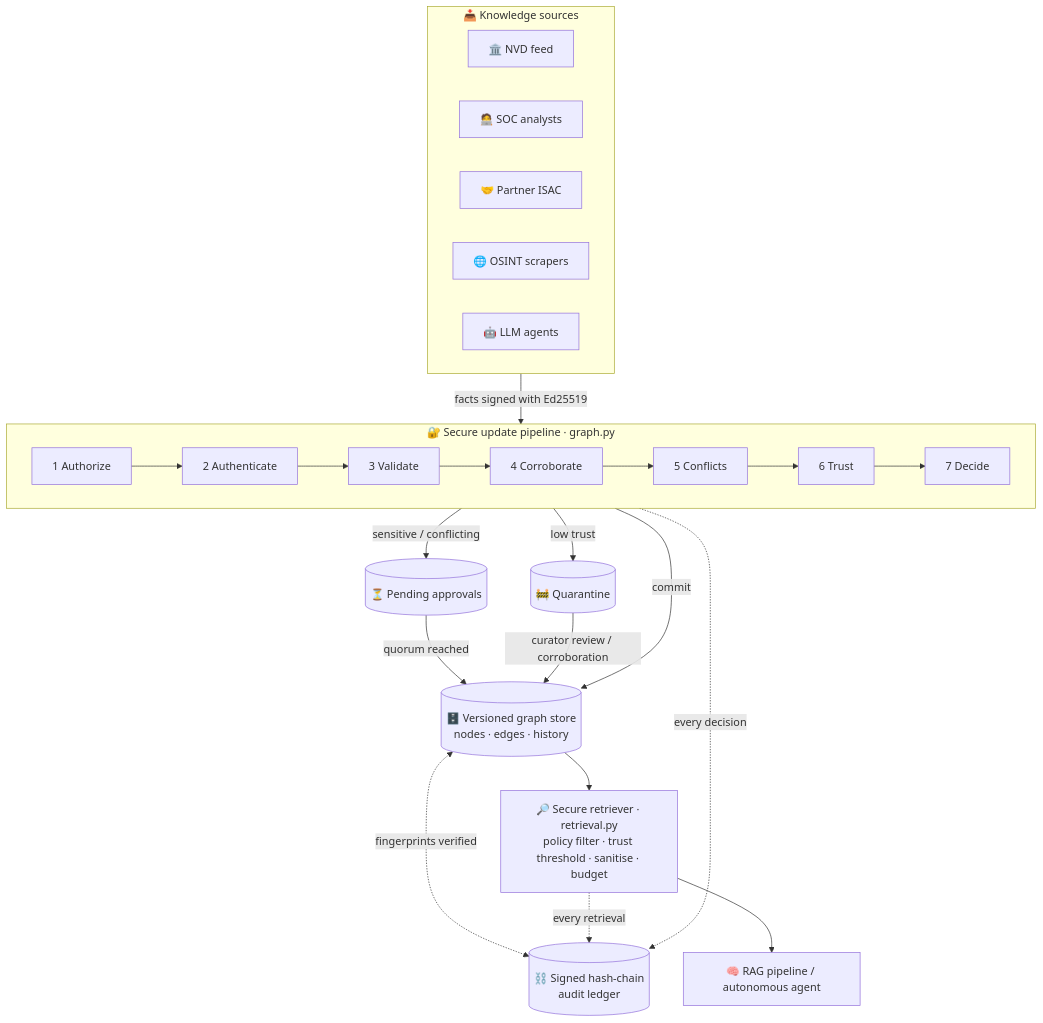
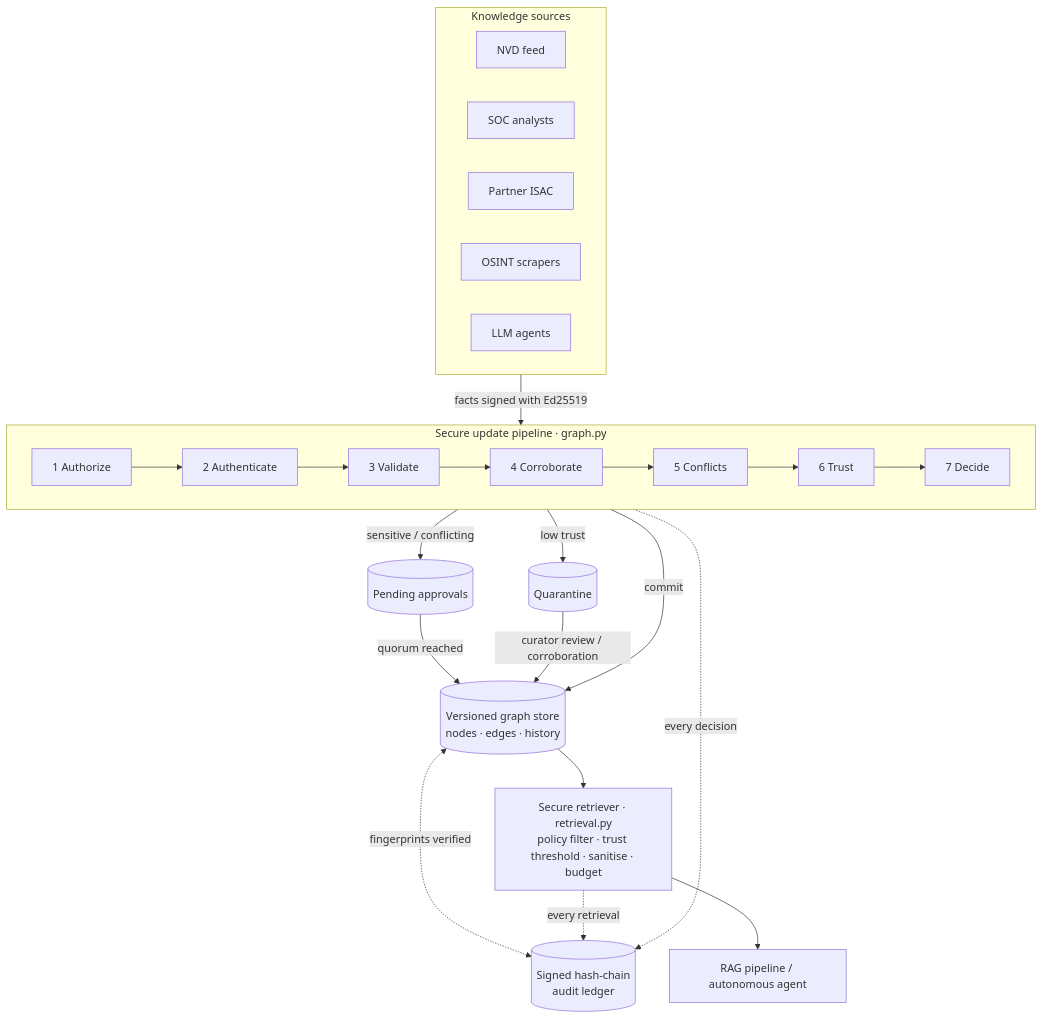
The first of 14 diagrams in README.md (Prashasthi-18/Secure-Dynamic-Knowledge-Graph), drawn with Mermaid before and after one commit. The commit also changed other lines of this file and 25 other files, not shown here.

````diff
--- a/README.md
+++ b/README.md
@@ -85,31 +106,31 @@
 ```mermaid
 flowchart TB
-    subgraph SRC["📥 Knowledge sources"]
+    subgraph SRC["Knowledge sources"]
         direction LR
-        NVD["🏛️ NVD feed"]
-        SOC["🧑‍💻 SOC analysts"]
-        ISAC["🤝 Partner ISAC"]
-        OSINT["🌐 OSINT scrapers"]
-        LLM["🤖 LLM agents"]
+        NVD["NVD feed"]
+        SOC["SOC analysts"]
+        ISAC["Partner ISAC"]
+        OSINT["OSINT scrapers"]
+        LLM["LLM agents"]
     end
 
     SRC -- "facts signed with Ed25519" --> PIPE
 
-    subgraph PIPE["🔐 Secure update pipeline · graph.py"]
+    subgraph PIPE["Secure update pipeline · graph.py"]
         direction LR
         A1["1 Authorize"] --> A2["2 Authenticate"] --> A3["3 Validate"] --> A4["4 Corroborate"] --> A5["5 Conflicts"] --> A6["6 Trust"] --> A7["7 Decide"]
     end
 
-    A7 -- "commit" --> STORE[("🗄️ Versioned graph store<br/>nodes · edges · history")]
-    A7 -- "low trust" --> Q[("🚧 Quarantine")]
-    A7 -- "sensitive / conflicting" --> P[("⏳ Pending approvals")]
+    A7 -- "commit" --> STORE[("Versioned graph store<br/>nodes · edges · history")]
+    A7 -- "low trust" --> Q[("Quarantine")]
+    A7 -- "sensitive / conflicting" --> P[("Pending approvals")]
     P -- "quorum reached" --> STORE
     Q -- "curator review / corroboration" --> STORE
 
-    PIPE -. "every decision" .-> LEDGER[("⛓️ Signed hash-chain<br/>audit ledger")]
+    PIPE -. "every decision" .-> LEDGER[("Signed hash-chain<br/>audit ledger")]
     STORE <-. "fingerprints verified" .-> LEDGER
 
-    STORE --> RET["🔎 Secure retriever · retrieval.py<br/>policy filter · trust threshold · sanitise · budget"]
+    STORE --> RET["Secure retriever · retrieval.py<br/>policy filter · trust threshold · sanitise · budget"]
     RET -. "every retrieval" .-> LEDGER
-    RET --> APP["🧠 RAG pipeline / autonomous agent"]
+    RET --> APP["RAG pipeline / autonomous agent"]
 ```
````
